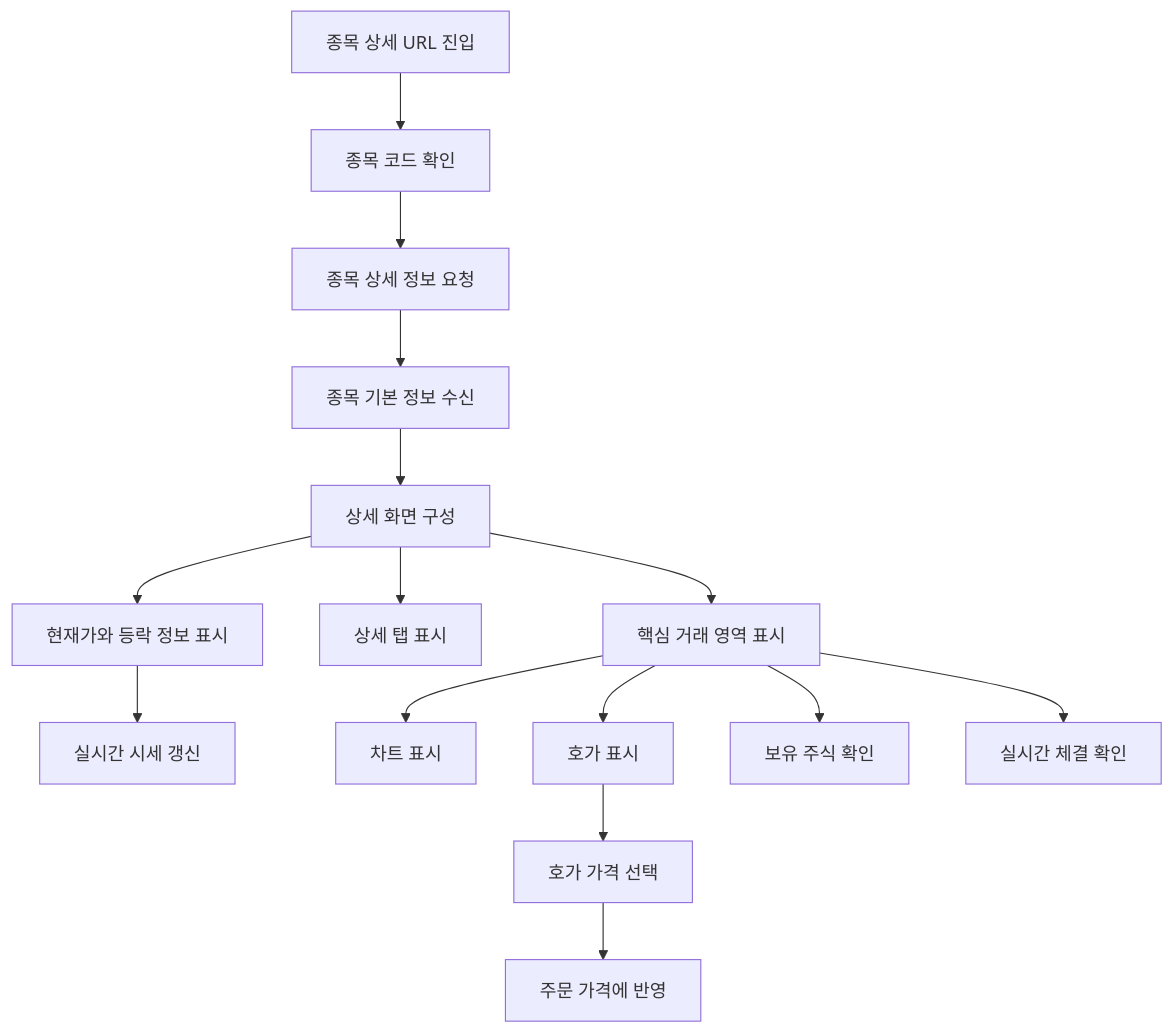
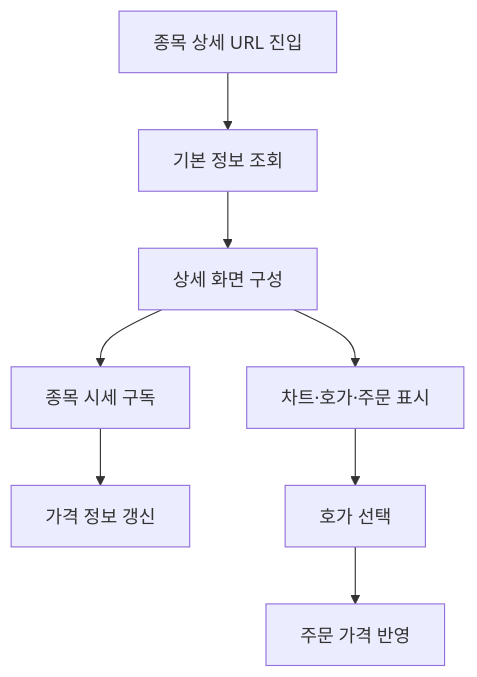
One commit to poi277/StockProject changed the diagram in StockFrontEnd/docs/03-stock-detail.md. Above: the diagram before and after it, drawn with Mermaid. The commit also changed other lines of this file and 49 other files, not shown here.

````diff
--- a/StockFrontEnd/docs/03-stock-detail.md
+++ b/StockFrontEnd/docs/03-stock-detail.md
@@ -70,17 +104,10 @@
 ```mermaid
 flowchart TD
-  Route["종목 상세 URL 진입"] --> Page["종목 코드 확인"]
-  Page --> API["종목 상세 정보 요청"]
-  API --> Endpoint["종목 기본 정보 수신"]
-  Endpoint --> Detail["상세 화면 구성"]
-  Detail --> Header["현재가와 등락 정보 표시"]
-  Header --> DetailSocket["실시간 시세 갱신"]
-  Detail --> Tabs["상세 탭 표시"]
-  Detail --> Main["핵심 거래 영역 표시"]
-  Main --> Chart["차트 표시"]
-  Main --> Hoga["호가 표시"]
-  Hoga --> SelectedPrice["호가 가격 선택"]
-  SelectedPrice --> Order["주문 가격에 반영"]
-  Main --> HaveStock["보유 주식 확인"]
-  Main --> Ticks["실시간 체결 확인"]
+  Route["종목 상세 URL 진입"] --> API["기본 정보 조회"]
+  API --> Detail["상세 화면 구성"]
+  Detail --> Socket["종목 시세 구독"]
+  Socket --> Header["가격 정보 갱신"]
+  Detail --> Main["차트·호가·주문 표시"]
+  Main --> Hoga["호가 선택"]
+  Hoga --> Order["주문 가격 반영"]
 ```
````
